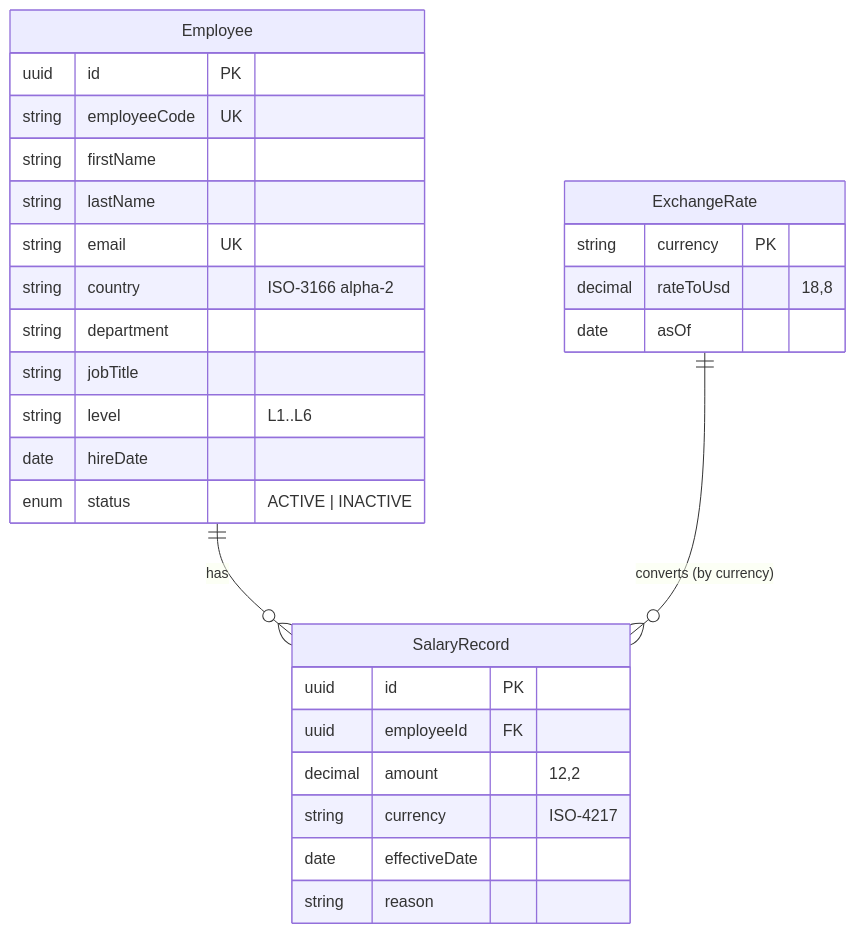
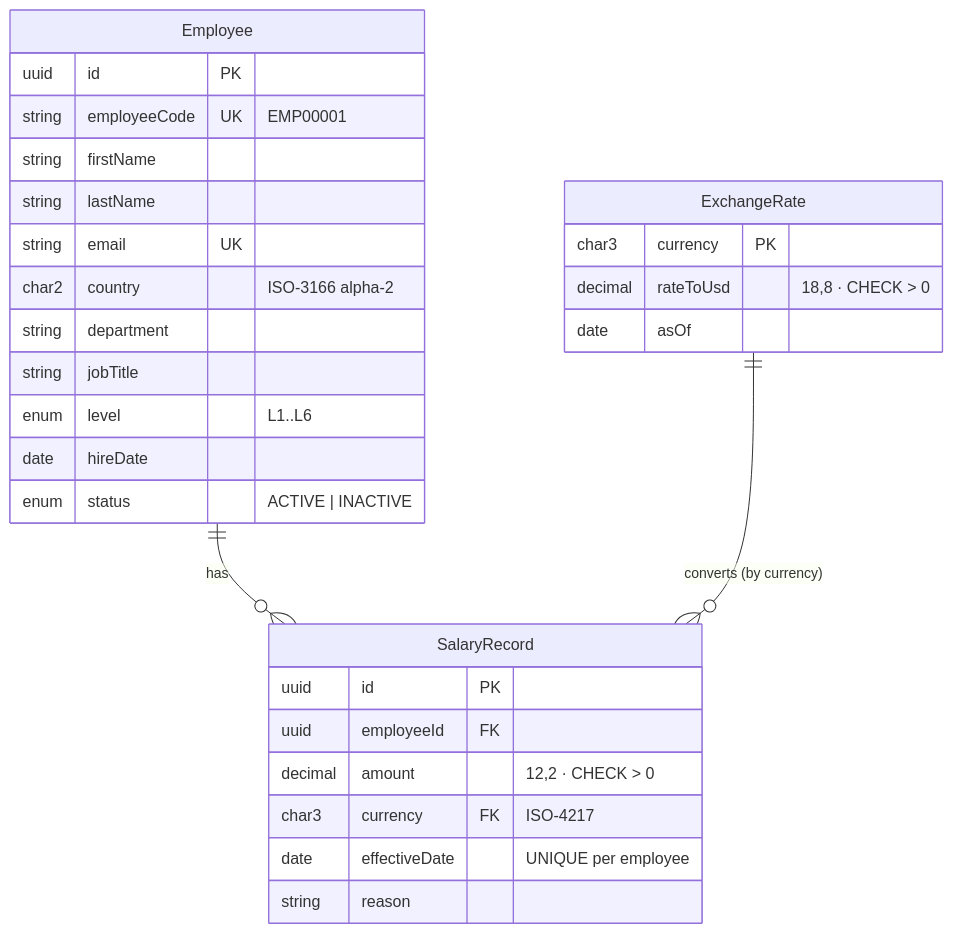
The second of 2 diagrams in docs/Architecture.md (Bandan660/salary-management), drawn with Mermaid before and after one commit. The commit also changed other lines of this file and 4 other files, not shown here.

First line of the commit message:
docs: add README and update architecture and AI usage log to match the build

````diff
--- a/docs/Architecture.md
+++ b/docs/Architecture.md
@@ -25,31 +39,31 @@
 ```mermaid
 erDiagram
   Employee ||--o{ SalaryRecord : has
   ExchangeRate ||--o{ SalaryRecord : "converts (by currency)"
   Employee {
     uuid id PK
-    string employeeCode UK
+    string employeeCode UK "EMP00001"
     string firstName
     string lastName
     string email UK
-    string country "ISO-3166 alpha-2"
+    char2 country "ISO-3166 alpha-2"
     string department
     string jobTitle
-    string level "L1..L6"
+    enum level "L1..L6"
     date hireDate
     enum status "ACTIVE | INACTIVE"
   }
   SalaryRecord {
     uuid id PK
     uuid employeeId FK
-    decimal amount "12,2"
-    string currency "ISO-4217"
-    date effectiveDate
+    decimal amount "12,2 · CHECK > 0"
+    char3 currency FK "ISO-4217"
+    date effectiveDate "UNIQUE per employee"
     string reason
   }
   ExchangeRate {
-    string currency PK
-    decimal rateToUsd "18,8"
+    char3 currency PK
+    decimal rateToUsd "18,8 · CHECK > 0"
     date asOf
   }
 ```
````
